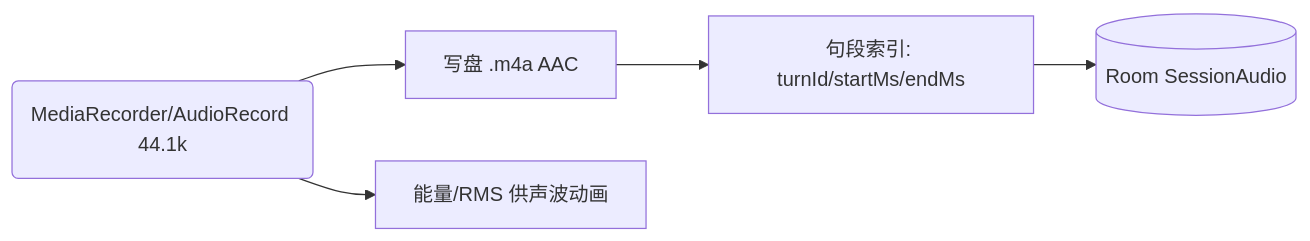
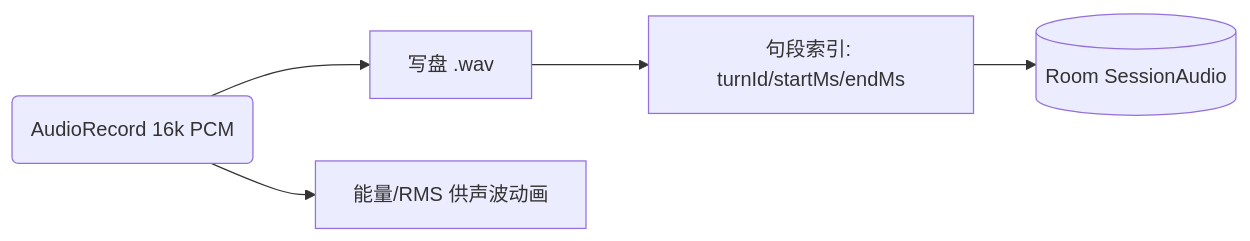
One commit to CMXX648/IELTS-App changed the second of 3 diagrams in docs/04-android-architecture.md. Above: the diagram before and after it, drawn with Mermaid. The commit also changed other lines of this file and 34 other files, not shown here.

````diff
--- a/docs/04-android-architecture.md
+++ b/docs/04-android-architecture.md
@@ -127,7 +127,7 @@
 ```mermaid
 flowchart LR
-    AudioRecord(MediaRecorder/AudioRecord 44.1k) --> W[写盘 .m4a AAC]
+    AudioRecord(AudioRecord 16k PCM) --> W[写盘 .wav]
     AudioRecord --> E[能量/RMS 供声波动画]
     W --> SEG[句段索引: turnId/startMs/endMs]
     SEG --> DB[(Room SessionAudio)]
 ```
````
